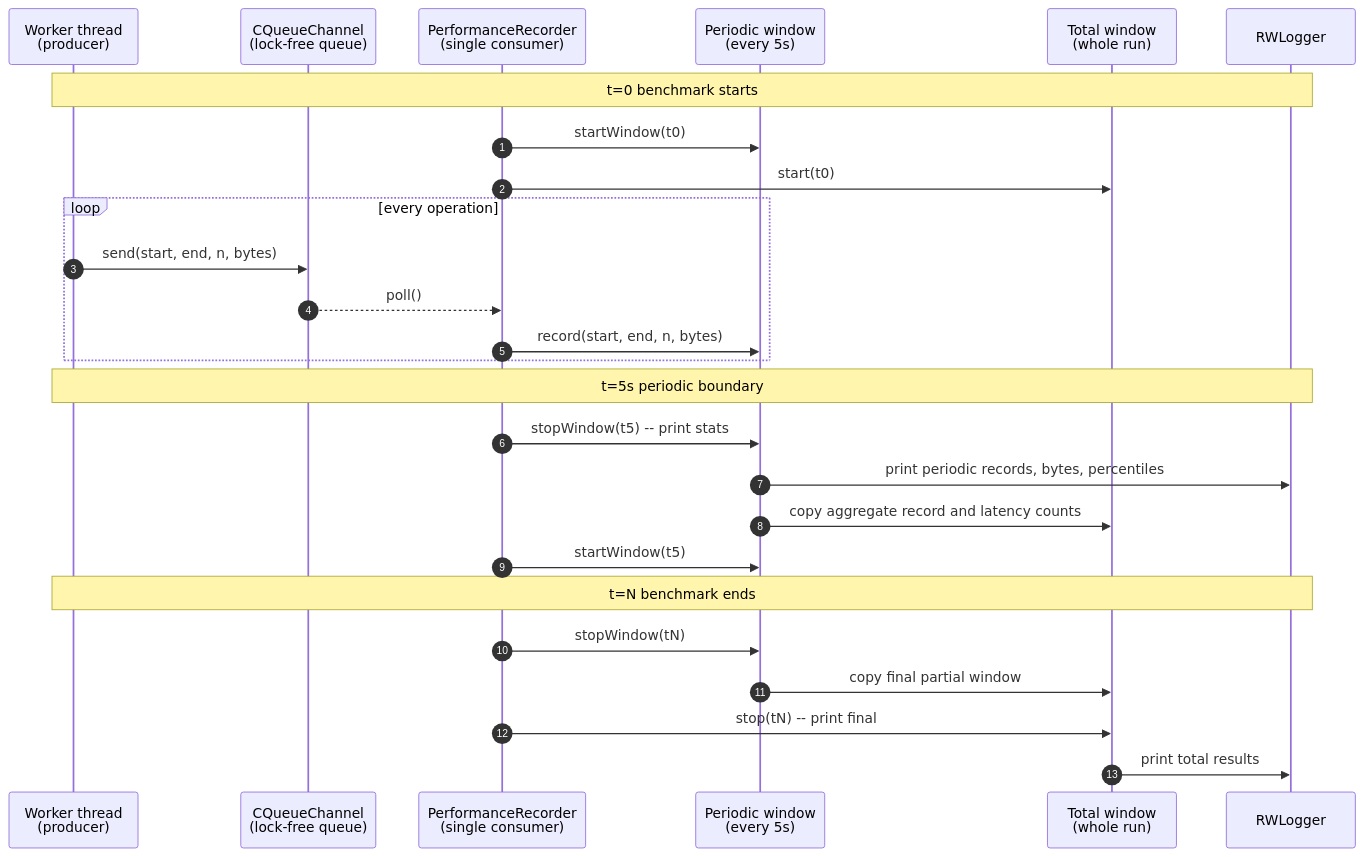
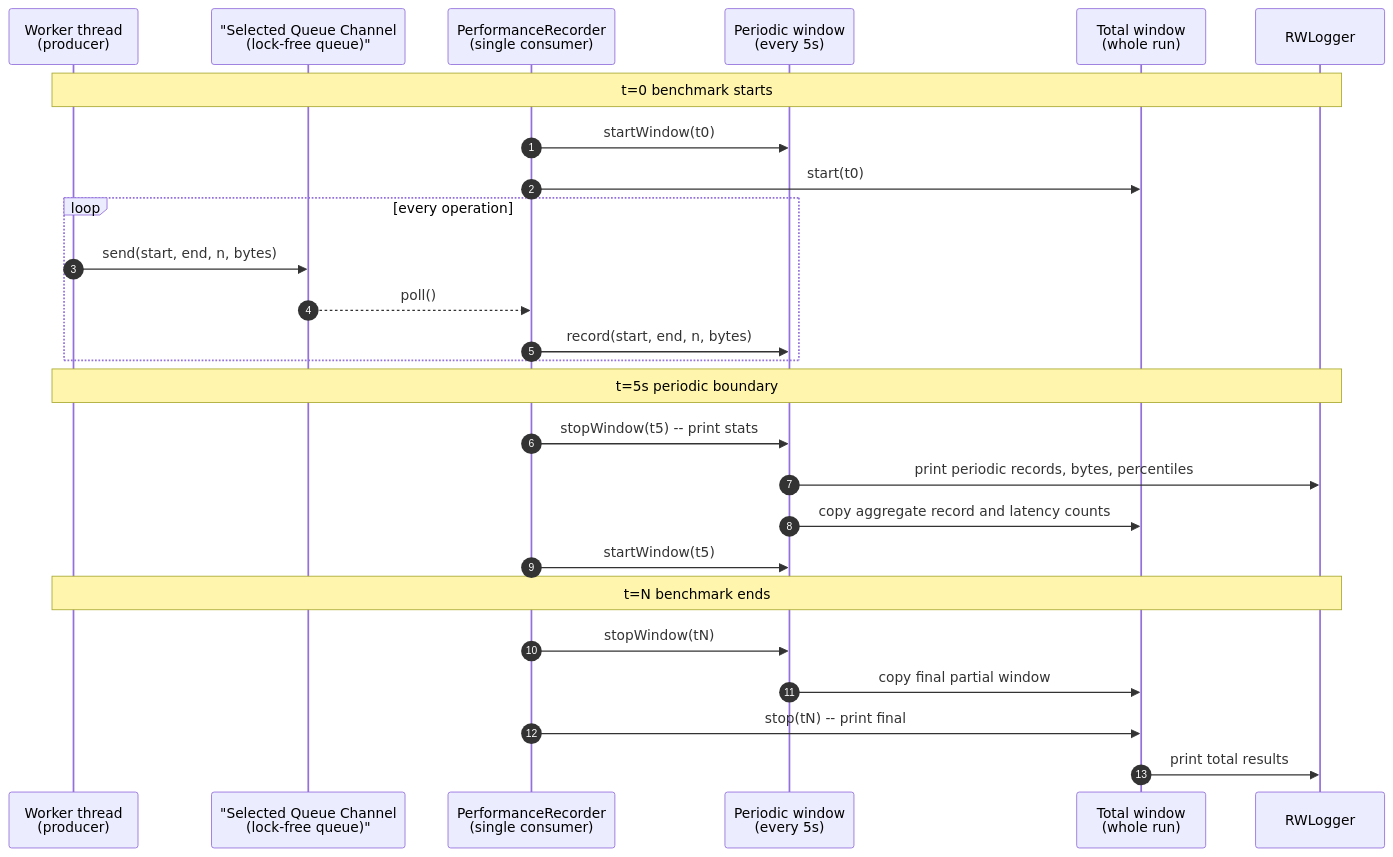
Before and after one commit to kmgowda/SBK: diagram 11 of 39 in docs/sbk-internals.md, drawn with Mermaid. The commit also changed other lines of this file and 3 other files, not shown here.

````diff
--- a/docs/sbk-internals.md
+++ b/docs/sbk-internals.md
@@ -837,31 +839,31 @@
 ```mermaid
 sequenceDiagram
     autonumber
     participant Worker as Worker thread<br/>(producer)
-    participant Channel as CQueueChannel<br/>(lock-free queue)
+    participant Channel as "Selected Queue Channel<br/>(lock-free queue)"
     participant Rec as PerformanceRecorder<br/>(single consumer)
     participant Per as Periodic window<br/>(every 5s)
     participant Tot as Total window<br/>(whole run)
     participant Log as RWLogger
     Note over Worker,Log: t=0  benchmark starts
     Rec->>Per: startWindow(t0)
     Rec->>Tot: start(t0)
 
     loop every operation
         Worker->>Channel: send(start, end, n, bytes)
         Channel-->>Rec: poll()
         Rec->>Per: record(start, end, n, bytes)
     end
 
     Note over Worker,Log: t=5s  periodic boundary
     Rec->>Per: stopWindow(t5) -- print stats
     Per->>Log: print periodic records, bytes, percentiles
     Per->>Tot: copy aggregate record and latency counts
     Rec->>Per: startWindow(t5)
 
     Note over Worker,Log: t=N  benchmark ends
     Rec->>Per: stopWindow(tN)
     Per->>Tot: copy final partial window
     Rec->>Tot: stop(tN) -- print final
     Tot->>Log: print total results
 ```
````
